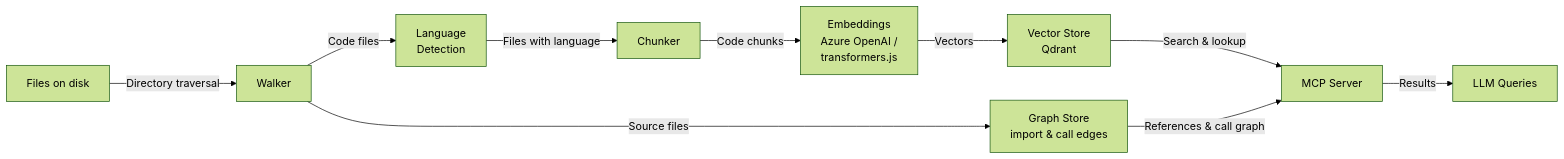
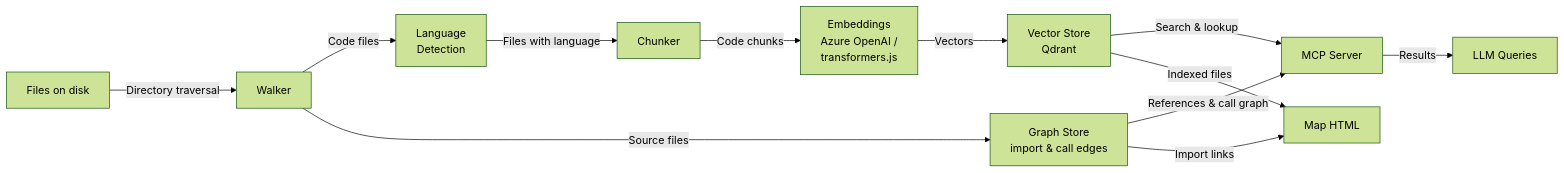
Before and after one commit to Ardit175/repolens: the diagram in ARCHITECTURE.md, drawn with Mermaid (forest theme). The commit also changed other lines of this file and 5 other files, not shown here.

````diff
--- a/ARCHITECTURE.md
+++ b/ARCHITECTURE.md
@@ -21,22 +22,24 @@
 ```mermaid
 graph LR
   Files[Files on disk]
   Walker[Walker]
   Language[Language<br/>Detection]
   Chunker[Chunker]
   Embeddings[Embeddings<br/>Azure OpenAI /<br/>transformers.js]
   Store[Vector Store<br/>Qdrant]
   Graph[Graph Store<br/>import & call edges]
   MCP[MCP Server]
   LLM[LLM Queries]
 
   Files -->|Directory traversal| Walker
   Walker -->|Code files| Language
   Language -->|Files with language| Chunker
   Chunker -->|Code chunks| Embeddings
   Walker -->|Source files| Graph
   Embeddings -->|Vectors| Store
   Store -->|Search & lookup| MCP
   Graph -->|References & call graph| MCP
+  Graph -->|Import links| Map[Map HTML]
+  Store -->|Indexed files| Map
   MCP -->|Results| LLM
 ```
````
